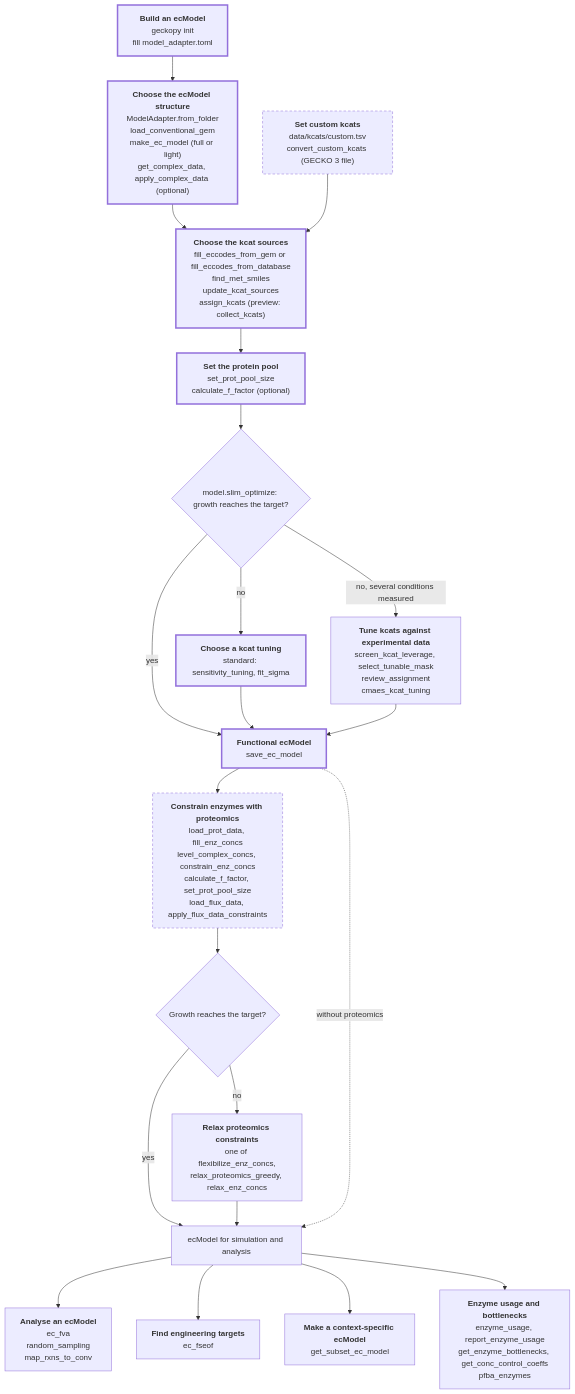
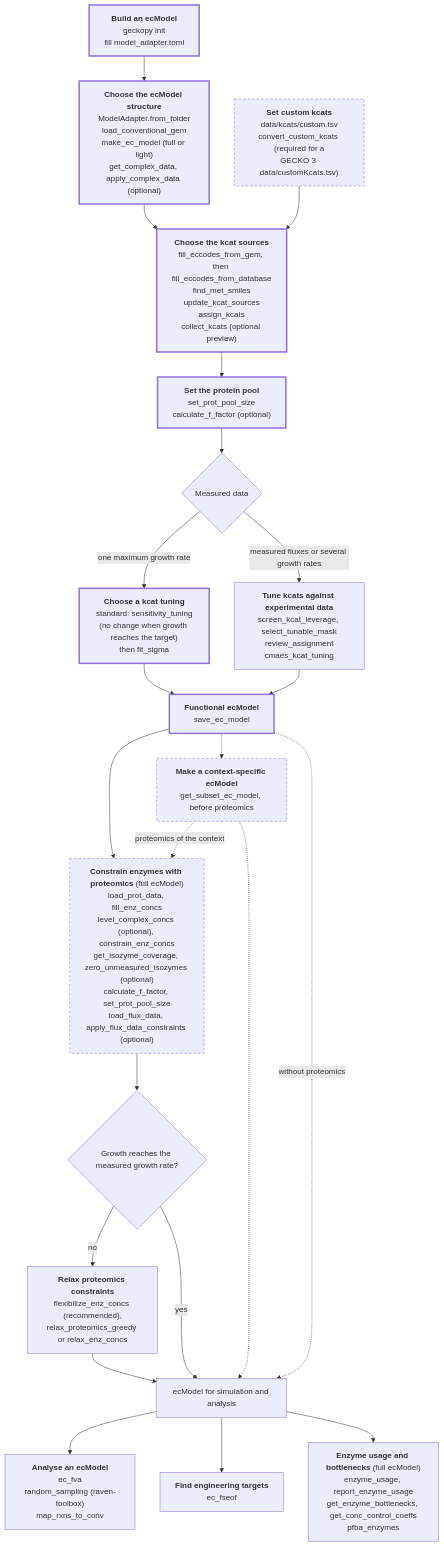
One commit to CompMetEng/gecko-docs changed the second of 2 diagrams in docs/guide/workflow.md. Above: the diagram before and after it, drawn with Mermaid. The commit also changed other lines of this file and 17 other files, not shown here.

Commit message:
doc: correct the order and conditions in the workflow diagrams

````diff
--- a/docs/guide/workflow.md
+++ b/docs/guide/workflow.md
@@ -78,55 +79,56 @@
 ```{mermaid}
 :config: {"flowchart": {"useMaxWidth": false}}
 
 flowchart TB
   classDef quick stroke-width:3px
   classDef opt stroke-dasharray: 5 4
   P["<b>Build an ecModel</b><br/>geckopy init<br/>fill model_adapter.toml"]:::quick
   S["<b>Choose the ecModel structure</b><br/>ModelAdapter.from_folder<br/>load_conventional_gem<br/>make_ec_model (full or light)<br/>get_complex_data, apply_complex_data (optional)"]:::quick
-  K["<b>Choose the kcat sources</b><br/>fill_eccodes_from_gem or fill_eccodes_from_database<br/>find_met_smiles<br/>update_kcat_sources<br/>assign_kcats (preview: collect_kcats)"]:::quick
-  C["<b>Set custom kcats</b><br/>data/kcats/custom.tsv<br/>convert_custom_kcats (GECKO 3 file)"]:::opt
+  K["<b>Choose the kcat sources</b><br/>fill_eccodes_from_gem, then fill_eccodes_from_database<br/>find_met_smiles<br/>update_kcat_sources<br/>assign_kcats<br/>collect_kcats (optional preview)"]:::quick
+  C["<b>Set custom kcats</b><br/>data/kcats/custom.tsv<br/>convert_custom_kcats (required for a<br/>GECKO 3 data/customKcats.tsv)"]:::opt
   PP["<b>Set the protein pool</b><br/>set_prot_pool_size<br/>calculate_f_factor (optional)"]:::quick
-  G{"model.slim_optimize: growth reaches the target?"}
-  T["<b>Choose a kcat tuning</b><br/>standard: sensitivity_tuning, fit_sigma"]:::quick
+  G{"Measured data"}
+  T["<b>Choose a kcat tuning</b><br/>standard: sensitivity_tuning<br/>(no change when growth reaches the target)<br/>then fit_sigma"]:::quick
   A["<b>Tune kcats against experimental data</b><br/>screen_kcat_leverage, select_tunable_mask<br/>review_assignment<br/>cmaes_kcat_tuning"]
   F["<b>Functional ecModel</b><br/>save_ec_model"]:::quick
   P --> S --> K --> PP --> G
   C --> K
-  G -->|no| T
-  G -->|no, several conditions measured| A
-  G -->|yes| F
+  G -->|one maximum growth rate| T
+  G -->|measured fluxes or several growth rates| A
   T --> F
   A --> F
-  PR["<b>Constrain enzymes with proteomics</b><br/>load_prot_data, fill_enz_concs<br/>level_complex_concs, constrain_enz_concs<br/>calculate_f_factor, set_prot_pool_size<br/>load_flux_data, apply_flux_data_constraints"]:::opt
+  PR["<b>Constrain enzymes with proteomics</b> (full ecModel)<br/>load_prot_data, fill_enz_concs<br/>level_complex_concs (optional), constrain_enz_concs<br/>get_isozyme_coverage, zero_unmeasured_isozymes (optional)<br/>calculate_f_factor, set_prot_pool_size<br/>load_flux_data, apply_flux_data_constraints (optional)"]:::opt
   F --> PR
-  RL{"Growth reaches the target?"}
+  F -.-> CX
+  CX -.->|proteomics of the context| PR
+  CX -.-> RD
+  RL{"Growth reaches the measured growth rate?"}
   PR --> RL
-  RX["<b>Relax proteomics constraints</b><br/>one of flexibilize_enz_concs,<br/>relax_proteomics_greedy, relax_enz_concs"]
+  RX["<b>Relax proteomics constraints</b><br/>flexibilize_enz_concs (recommended),<br/>relax_proteomics_greedy or relax_enz_concs"]
   RL -->|no| RX
   RD["ecModel for simulation and analysis"]
   RL -->|yes| RD
   RX --> RD
   F -.->|without proteomics| RD
-  AN["<b>Analyse an ecModel</b><br/>ec_fva<br/>random_sampling<br/>map_rxns_to_conv"]
+  AN["<b>Analyse an ecModel</b><br/>ec_fva<br/>random_sampling (raven-toolbox)<br/>map_rxns_to_conv"]
   EN["<b>Find engineering targets</b><br/>ec_fseof"]
-  CX["<b>Make a context-specific ecModel</b><br/>get_subset_ec_model"]
-  EU["<b>Enzyme usage and bottlenecks</b><br/>enzyme_usage, report_enzyme_usage<br/>get_enzyme_bottlenecks, get_conc_control_coeffs<br/>pfba_enzymes"]
+  CX["<b>Make a context-specific ecModel</b><br/>get_subset_ec_model, before proteomics"]:::opt
+  EU["<b>Enzyme usage and bottlenecks</b> (full ecModel)<br/>enzyme_usage, report_enzyme_usage<br/>get_enzyme_bottlenecks, get_conc_control_coeffs<br/>pfba_enzymes"]
   RD --> AN
   RD --> EN
-  RD --> CX
   RD --> EU
   click P href "first-ecmodel.html"
   click S href "ecmodel-structure.html"
   click K href "kcat-sources.html"
   click C href "custom-kcats.html"
   click PP href "protein-pool.html"
   click T href "kcat-tuning.html"
   click A href "advanced-tuning.html"
   click F href "first-ecmodel.html"
   click PR href "proteomics.html"
   click RX href "relaxing-proteomics.html"
   click AN href "analysis.html"
   click EN href "engineering-targets.html"
   click CX href "context-ecmodel.html"
   click EU href "enzyme-usage.html"
 ```
````
